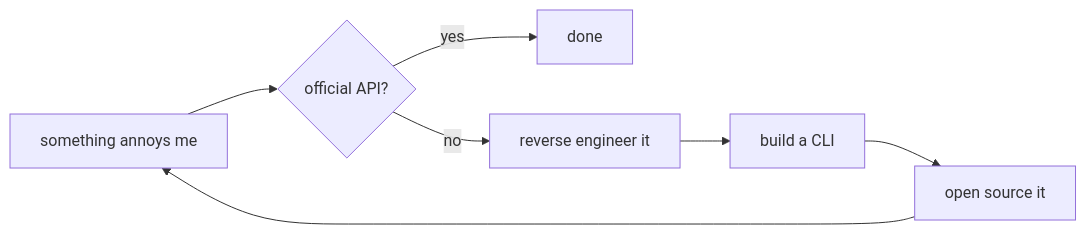
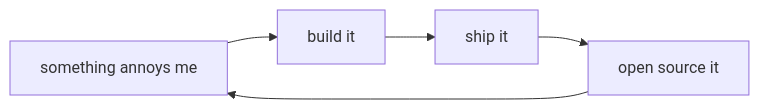
The diagram in README.md (JungHoonGhae/JungHoonGhae), drawn with Mermaid before and after one commit. The commit also changed other lines of this file, not shown here.

Commit message:
fix: simplify mermaid - not everything is about missing APIs

````diff
--- a/README.md
+++ b/README.md
@@ -33,9 +31,7 @@
 ```mermaid
 graph LR
-    A[something annoys me] --> B{official API?}
-    B -->|yes| C[done]
-    B -->|no| D[reverse engineer it]
-    D --> E[build a CLI]
-    E --> F[open source it]
-    F --> A
+    A[something annoys me] --> B[build it]
+    B --> C[ship it]
+    C --> D[open source it]
+    D --> A
 ```
````
